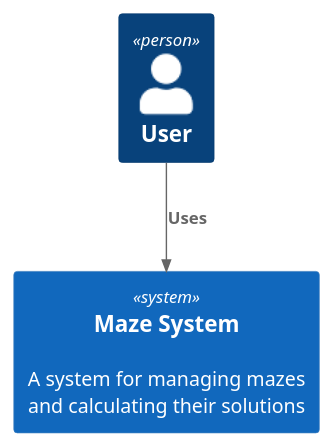
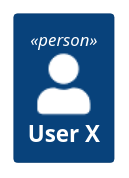
Before and after one commit to budgiedownunder/maze: the diagram in diagrams/maze.puml, drawn with PlantUML.

Commit message:
Update maze.puml for workflow testing purposes

```diff
--- a/diagrams/maze.puml
+++ b/diagrams/maze.puml
@@ -1,8 +1,6 @@
 @startuml maze_project
 !include https://raw.githubusercontent.com/plantuml-stdlib/C4-PlantUML/master/C4_Context.puml
 
-Person(user, "User")
-System(system, "Maze System", "A system for managing mazes and calculating their solutions")
-Rel(user, system, "Uses")
+Person(user, "User X")
 
 @enduml
```
